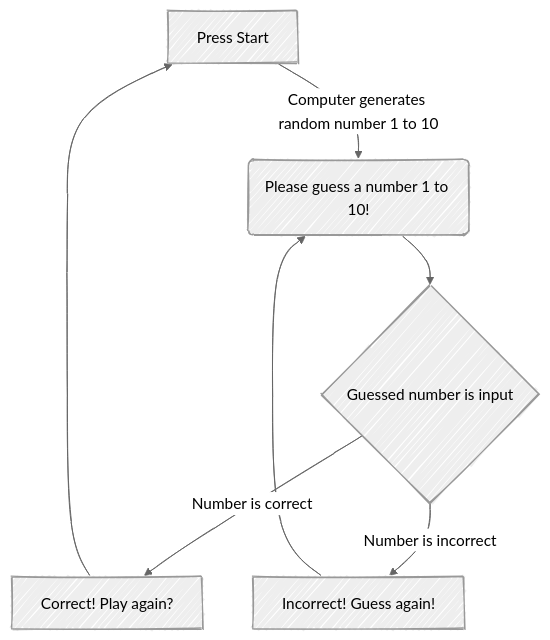
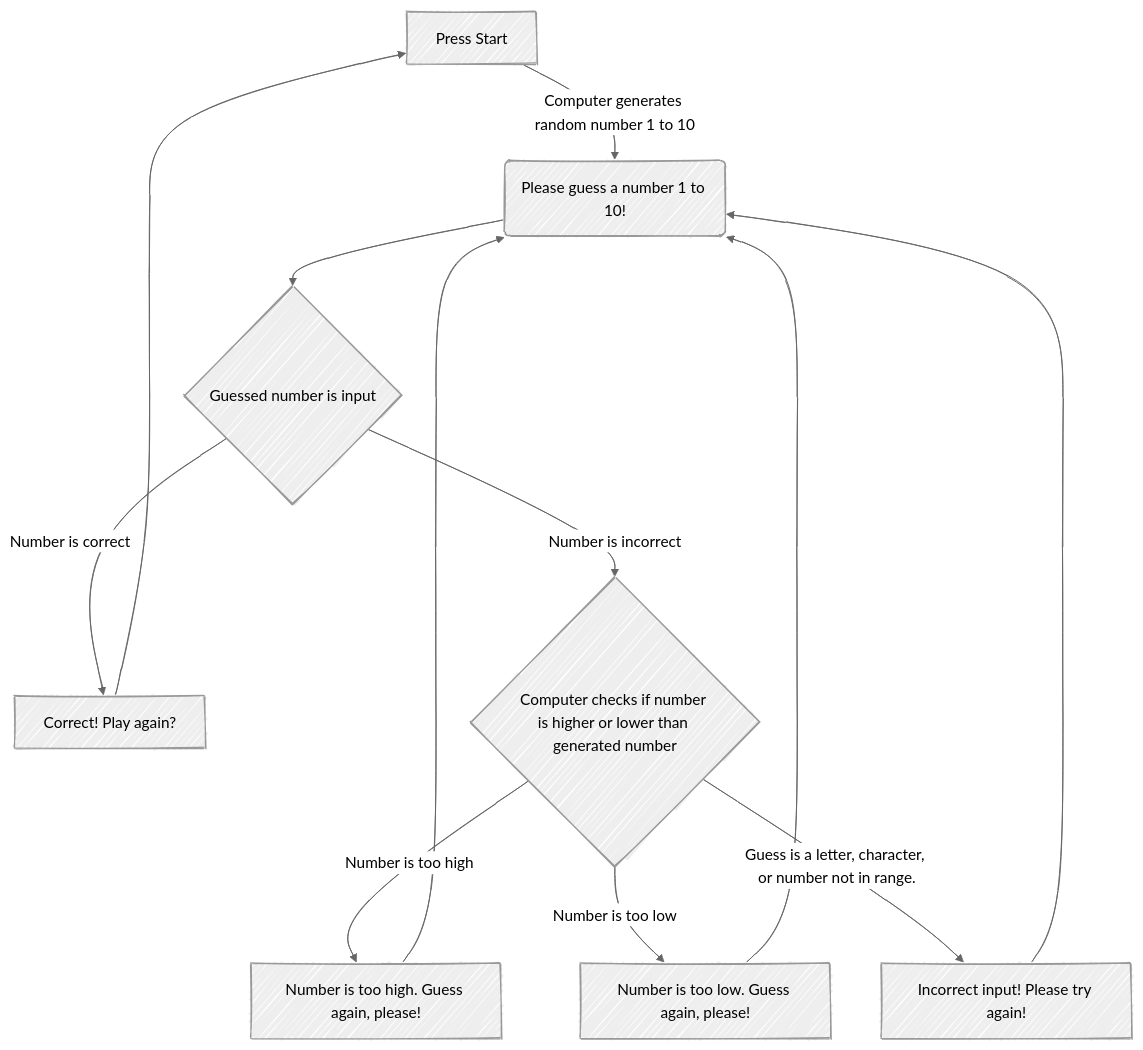
Before and after one commit to WalterLaw2025/WalterLaw2025.github.io: the diagram in README.md, drawn with Mermaid.

Commit message:
Updated README mermaid Guessing Game diagram.md

````diff
--- a/README.md
+++ b/README.md
@@ -36,22 +36,31 @@
 ```mermaid
 ---
 config:
   look: handDrawn
   theme: neutral
 ---
-
 flowchart TD
     %% This is the start of the game.
-    A[Press Start] -->|Computer generates random number 1 to 10| B(Please guess a number 1 to 10!);
+    A[Press Start] -->|Computer generates random number 1 to 10| B(Please guess a number 1 to 10!)
     %% The computer will generate a number to be guessed and prompt for a number to be guessed.
-    B --> C{Guessed number is input};
+    B --> C{Guessed number is input}
     %% The player will guess a number and input it to see if it is correct.
-    C -->|Number is correct| D[Correct! Play again?];
+    C -->|Number is correct| D[Correct! Play again?]
     %% The input number is correct and the player can choose to play again.
-    D --> A;
-    %% The game restarts.
-    C -->|Number is incorrect| E[Incorrect! Guess again!];
+    C -->|Number is incorrect| E{Computer checks if number is higher or lower than generated number}
     %% The computer notifies that the guessed number is incorrect and prompts player to try again with another guess. 
-    E --> B;
+    E -->|Number is too high| F[Number is too high. Guess again, please!]
+    %% The number guessed was too high and the player needs to guess a lower number.
+    E -->|Number is too low| G[Number is too low. Guess again, please!]
+    %% The number guessed was too low and the player needs to guess a higher number.
+    E -->|Guess is a letter, character, or number not in range.| H[Incorrect input! Please try again!]
+    %% Input is not within parameters of game. Player needs to try again within parameters.
+    F --> B 
+    %% Player is sent back to guess screen to input new number.
+    G --> B 
+    %% Player is sent back to guess screen to input new number.
+    H --> B 
+    %% Player is sent back to guess screen to input new number.
+    D --> A
     %% The player will need to guess a new number.
 ```    
````
